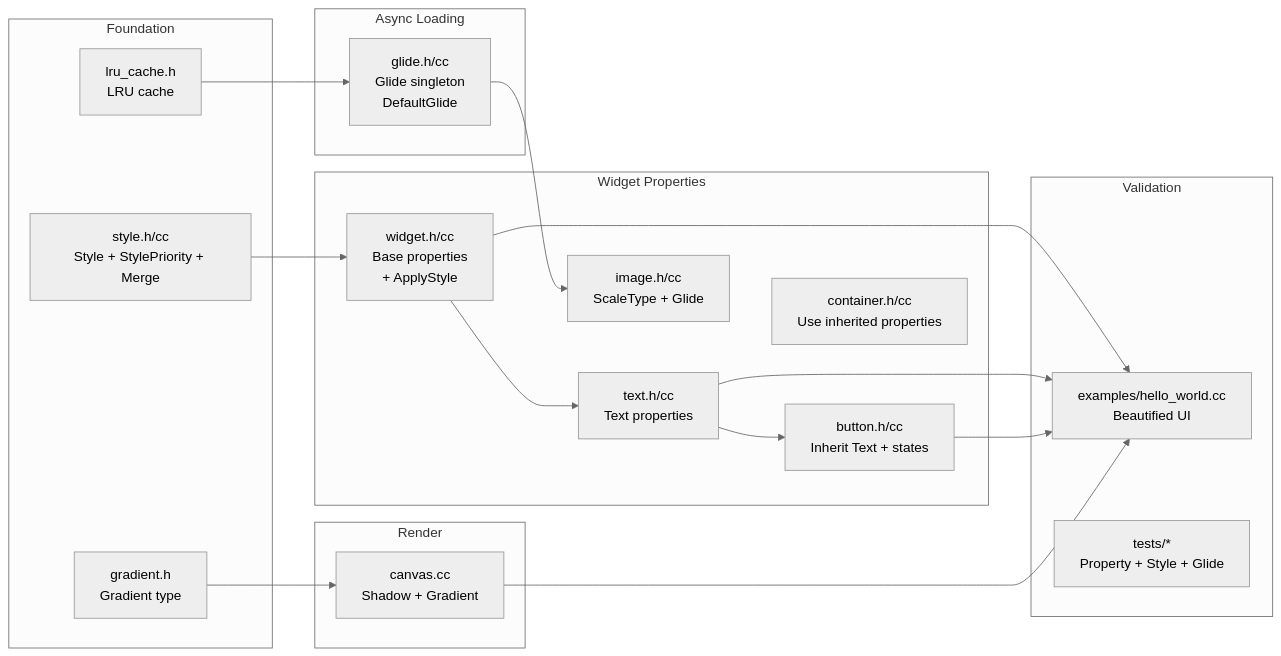
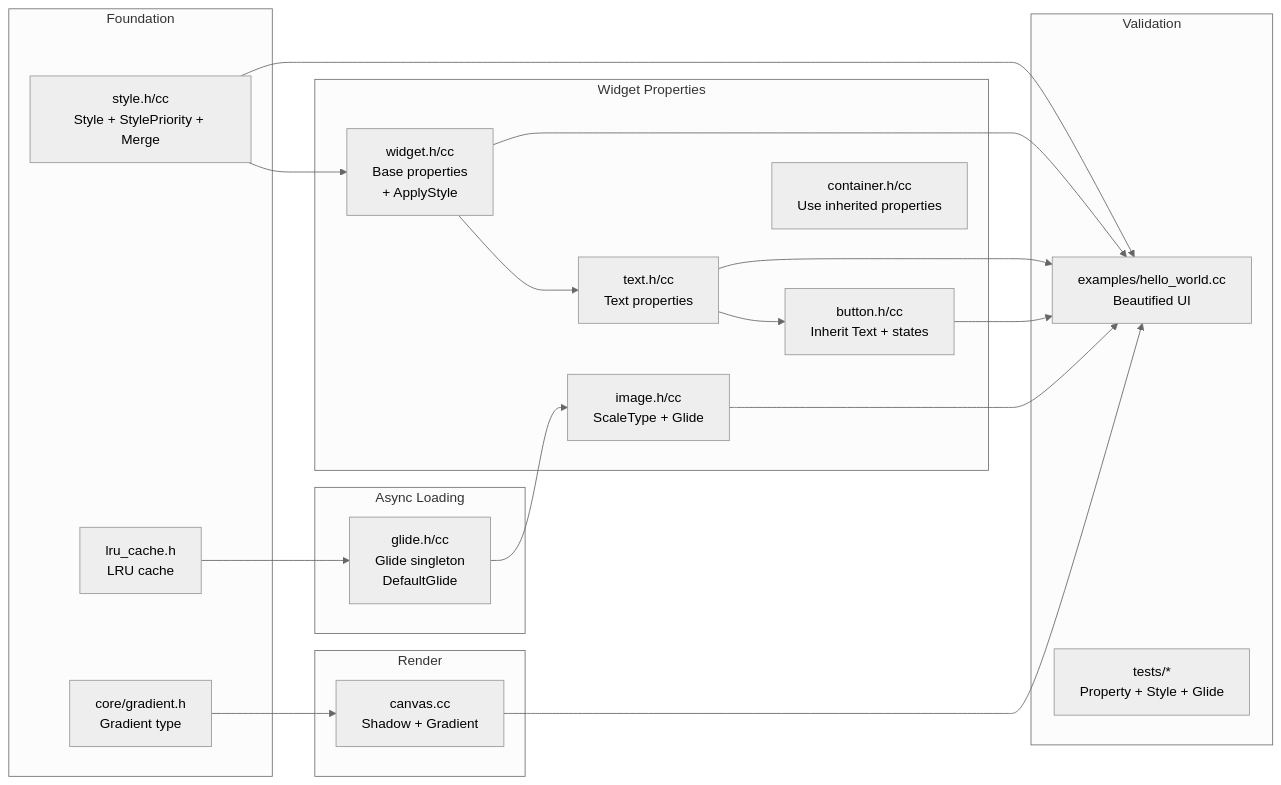
Before and after one commit to oxsource/native_ui: the diagram in specs/009-widget-property-enhancement/plan.md, drawn with Mermaid (neutral theme). The commit also changed other lines of this file, not shown here.

First line of the commit message:
docs: fix plan gaps — gradient in core, Container cleanup, hello_world scope

````diff
--- a/specs/009-widget-property-enhancement/plan.md
+++ b/specs/009-widget-property-enhancement/plan.md
@@ -85,40 +95,42 @@
 ```mermaid
 flowchart LR
     subgraph "Foundation"
         STYLE["style.h/cc<br/>Style + StylePriority + Merge"]
-        GRAD["gradient.h<br/>Gradient type"]
+        GRAD["core/gradient.h<br/>Gradient type"]
         LRU["lru_cache.h<br/>LRU cache"]
     end
 
     subgraph "Widget Properties"
         WIDGET["widget.h/cc<br/>Base properties<br/>+ ApplyStyle"]
         TEXT["text.h/cc<br/>Text properties"]
         BTN["button.h/cc<br/>Inherit Text + states"]
         IMG["image.h/cc<br/>ScaleType + Glide"]
         CONT["container.h/cc<br/>Use inherited properties"]
     end
 
     subgraph "Async Loading"
         GLIDE["glide.h/cc<br/>Glide singleton<br/>DefaultGlide"]
     end
 
     subgraph "Render"
         CANVAS["canvas.cc<br/>Shadow + Gradient"]
     end
 
     subgraph "Validation"
         EXAMPLE["examples/hello_world.cc<br/>Beautified UI"]
         TESTS["tests/*<br/>Property + Style + Glide"]
     end
 
     STYLE --> WIDGET
     WIDGET --> TEXT
     TEXT --> BTN
     GRAD --> CANVAS
     LRU --> GLIDE
     GLIDE --> IMG
+    STYLE --> EXAMPLE
     WIDGET --> EXAMPLE
     TEXT --> EXAMPLE
     BTN --> EXAMPLE
+    IMG --> EXAMPLE
     CANVAS --> EXAMPLE
 ```
````
